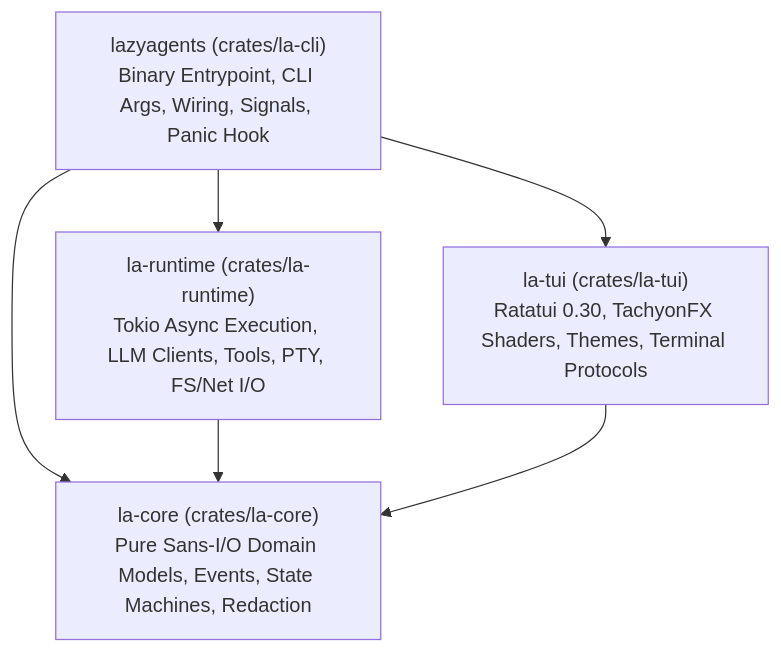
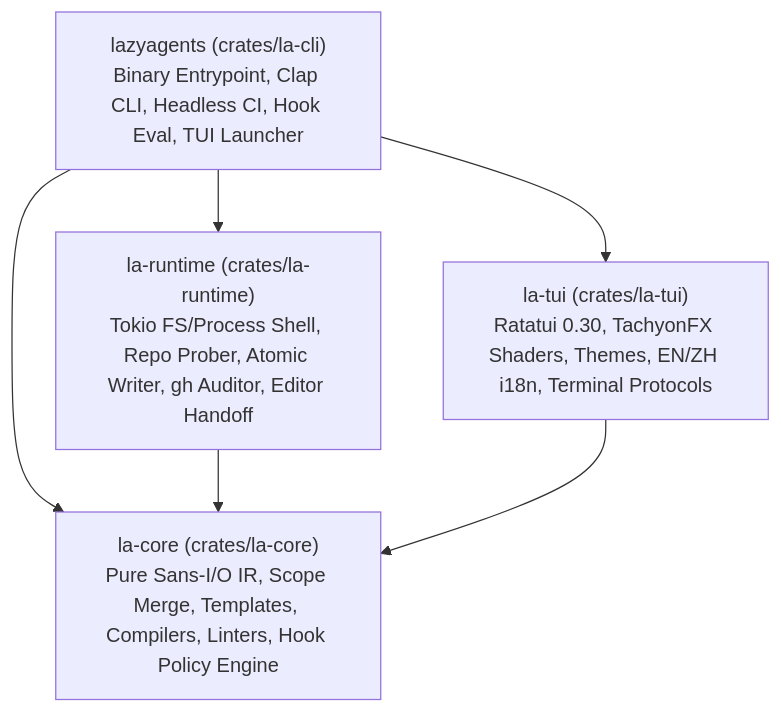
Before and after one commit to lazyaix/lazyagents: the diagram in docs/rust-standards.md, drawn with Mermaid. The commit also changed other lines of this file and 11 other files, not shown here.

First line of the commit message:
docs: define product positioning and architecture specification (#9)

````diff
--- a/docs/rust-standards.md
+++ b/docs/rust-standards.md
@@ -15,13 +15,13 @@
 ```mermaid
 flowchart TD
-    CLI["lazyagents (crates/la-cli)<br/>Binary Entrypoint, CLI Args, Wiring, Signals, Panic Hook"]
-    RUNTIME["la-runtime (crates/la-runtime)<br/>Tokio Async Execution, LLM Clients, Tools, PTY, FS/Net I/O"]
-    TUI["la-tui (crates/la-tui)<br/>Ratatui 0.30, TachyonFX Shaders, Themes, Terminal Protocols"]
-    CORE["la-core (crates/la-core)<br/>Pure Sans-I/O Domain Models, Events, State Machines, Redaction"]
+    CLI["lazyagents (crates/la-cli)<br/>Binary Entrypoint, Clap CLI, Headless CI, Hook Eval, TUI Launcher"]
+    RUNTIME["la-runtime (crates/la-runtime)<br/>Tokio FS/Process Shell, Repo Prober, Atomic Writer, gh Auditor, Editor Handoff"]
+    TUI["la-tui (crates/la-tui)<br/>Ratatui 0.30, TachyonFX Shaders, Themes, EN/ZH i18n, Terminal Protocols"]
+    CORE["la-core (crates/la-core)<br/>Pure Sans-I/O IR, Scope Merge, Templates, Compilers, Linters, Hook Policy Engine"]
 
     CLI --> RUNTIME
     CLI --> TUI
     CLI --> CORE
     RUNTIME --> CORE
     TUI --> CORE
 ```
````
